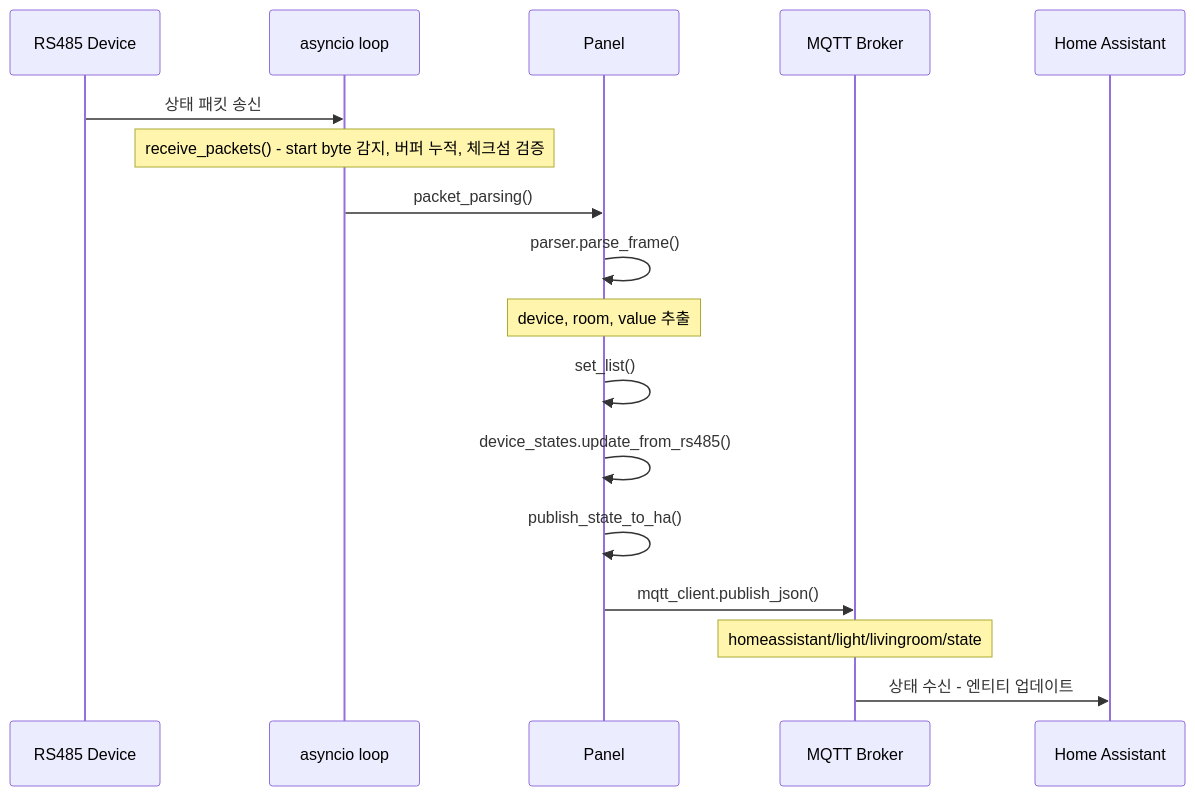
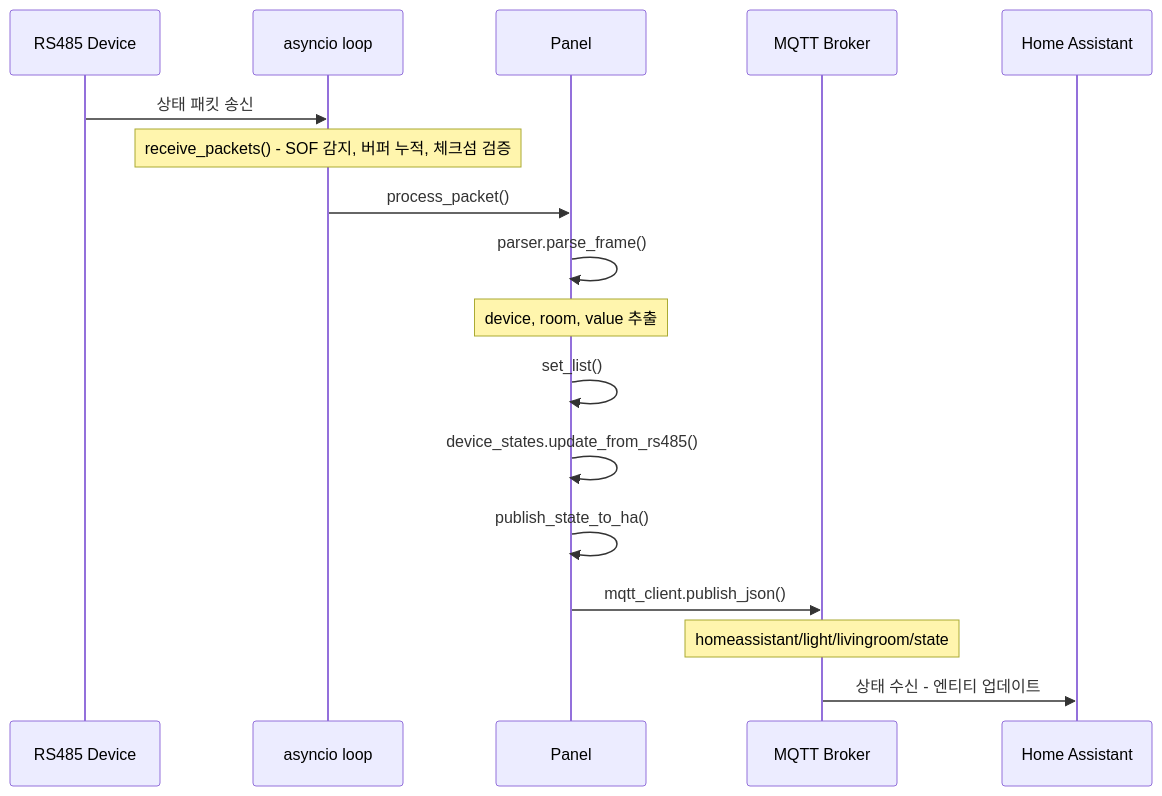
The third of 3 diagrams in docs/sequences.md (indielife/wallpad-mqtt-bridge), drawn with Mermaid before and after one commit. The commit also changed other lines of this file and 1 other file, not shown here.

First line of the commit message:
📝 docs(architecture): 코드 드리프트 정정 및 깨진 링크 수정 (#150)

````diff
--- a/docs/sequences.md
+++ b/docs/sequences.md
@@ -89,20 +89,20 @@
 ```mermaid
 sequenceDiagram
     participant RS485 as RS485 Device
     participant aloop as asyncio loop
     participant Panel
     participant Broker as MQTT Broker
     participant HA as Home Assistant
 
     RS485->>aloop: 상태 패킷 송신
-    Note over aloop: receive_packets() - start byte 감지, 버퍼 누적, 체크섬 검증
-    aloop->>Panel: packet_parsing()
+    Note over aloop: receive_packets() - SOF 감지, 버퍼 누적, 체크섬 검증
+    aloop->>Panel: process_packet()
     Panel->>Panel: parser.parse_frame()
     Note over Panel: device, room, value 추출
     Panel->>Panel: set_list()
     Panel->>Panel: device_states.update_from_rs485()
     Panel->>Panel: publish_state_to_ha()
     Panel->>Broker: mqtt_client.publish_json()
     Note over Broker: homeassistant/light/livingroom/state
     Broker->>HA: 상태 수신 - 엔티티 업데이트
 ```
````
